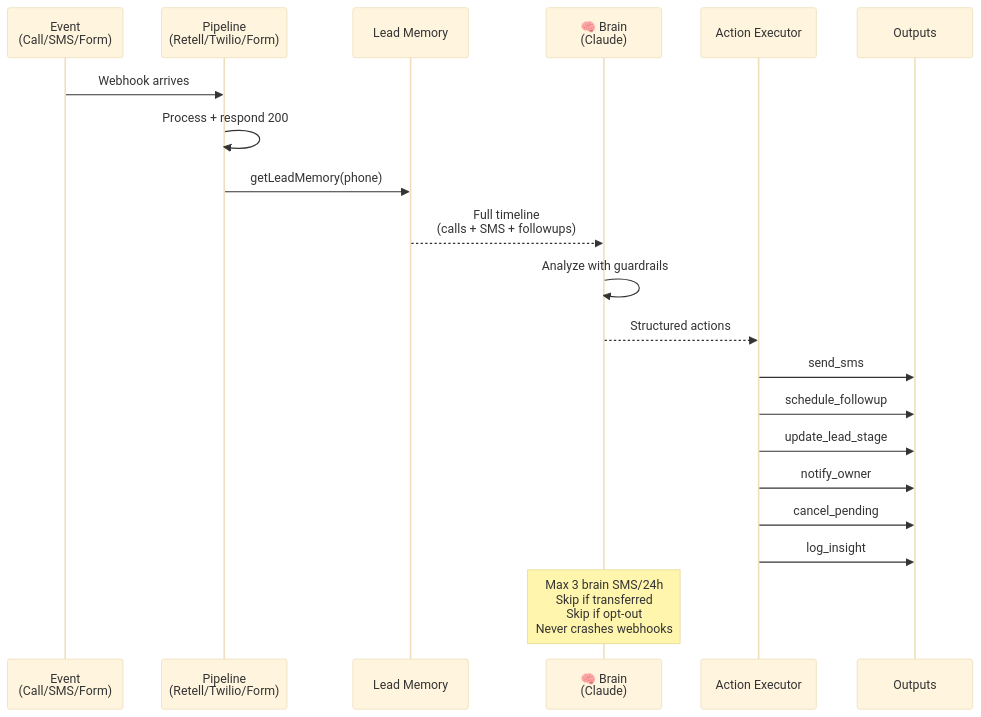
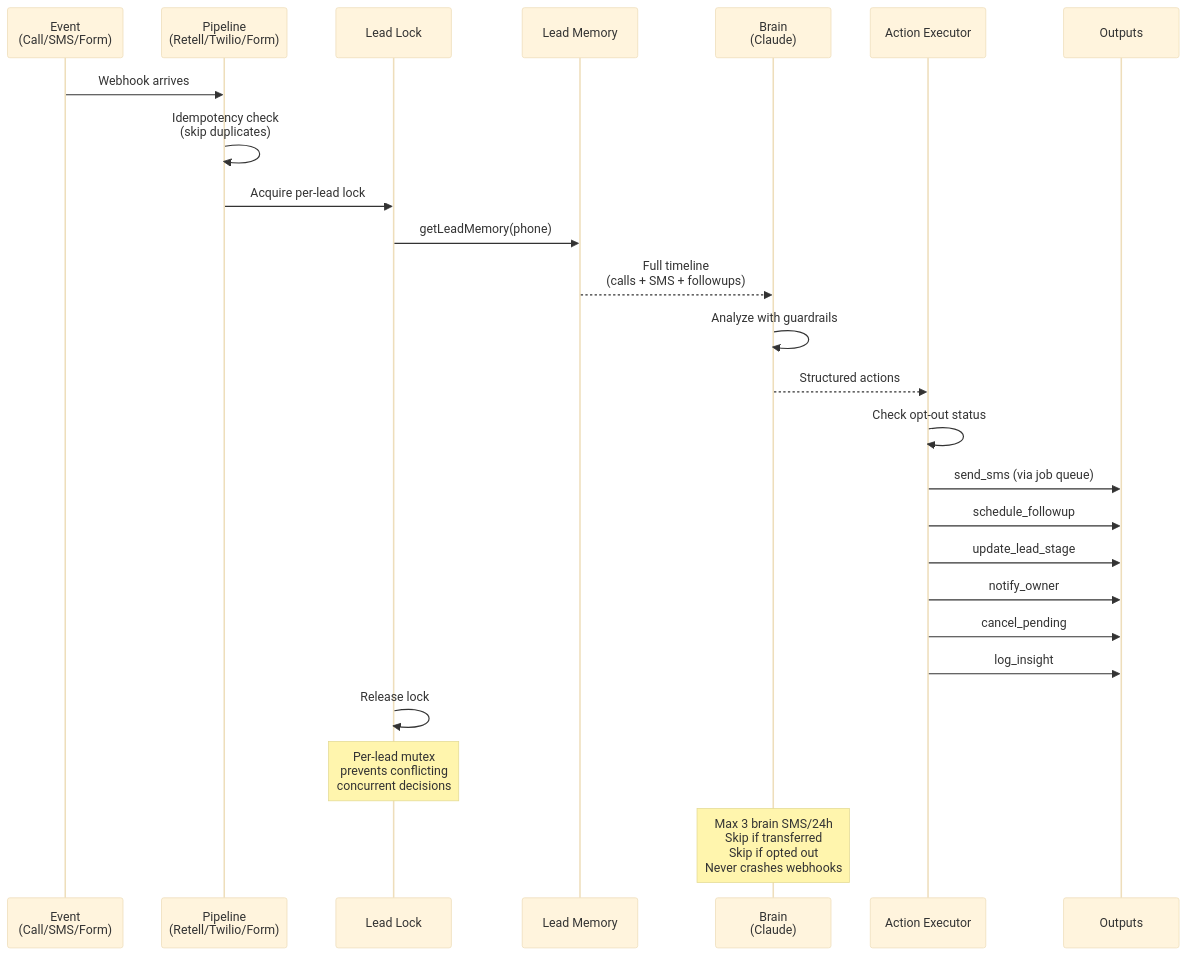
The second of 3 diagrams in README.md (sweetsinai/elyvn), drawn with Mermaid (base theme) before and after one commit. The commit also changed other lines of this file, not shown here.

First line of the commit message:
docs: update README with job queue, opt-out, business hours, onboarding, metrics, backups

````diff
--- a/README.md
+++ b/README.md
@@ -155,24 +185,29 @@
 ```mermaid
 sequenceDiagram
     participant E as Event<br/>(Call/SMS/Form)
     participant P as Pipeline<br/>(Retell/Twilio/Form)
+    participant L as Lead Lock
     participant M as Lead Memory
-    participant B as 🧠 Brain<br/>(Claude)
+    participant B as Brain<br/>(Claude)
     participant A as Action Executor
     participant O as Outputs
 
     E->>P: Webhook arrives
-    P->>P: Process + respond 200
-    P->>M: getLeadMemory(phone)
+    P->>P: Idempotency check<br/>(skip duplicates)
+    P->>L: Acquire per-lead lock
+    L->>M: getLeadMemory(phone)
     M-->>B: Full timeline<br/>(calls + SMS + followups)
     B->>B: Analyze with guardrails
     B-->>A: Structured actions
-    A->>O: send_sms
+    A->>A: Check opt-out status
+    A->>O: send_sms (via job queue)
     A->>O: schedule_followup
     A->>O: update_lead_stage
     A->>O: notify_owner
     A->>O: cancel_pending
     A->>O: log_insight
+    L->>L: Release lock
 
-    Note over B: Max 3 brain SMS/24h<br/>Skip if transferred<br/>Skip if opt-out<br/>Never crashes webhooks
+    Note over L: Per-lead mutex<br/>prevents conflicting<br/>concurrent decisions
+    Note over B: Max 3 brain SMS/24h<br/>Skip if transferred<br/>Skip if opted out<br/>Never crashes webhooks
 ```
````
